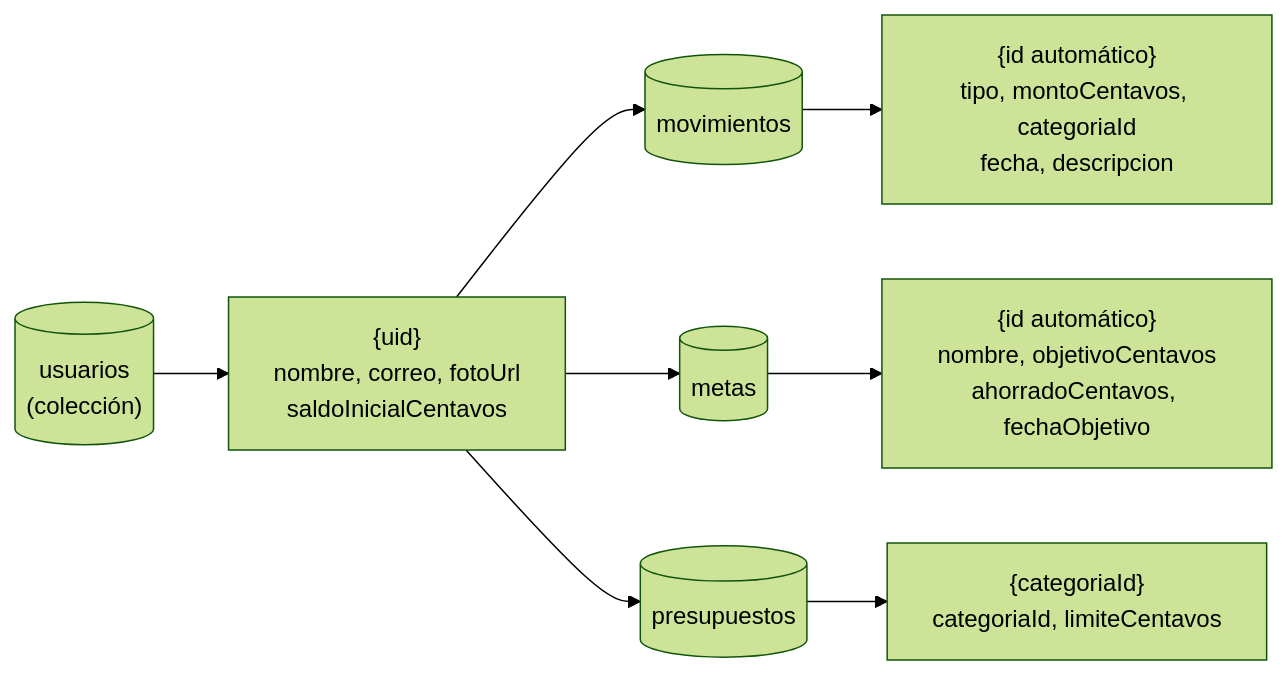
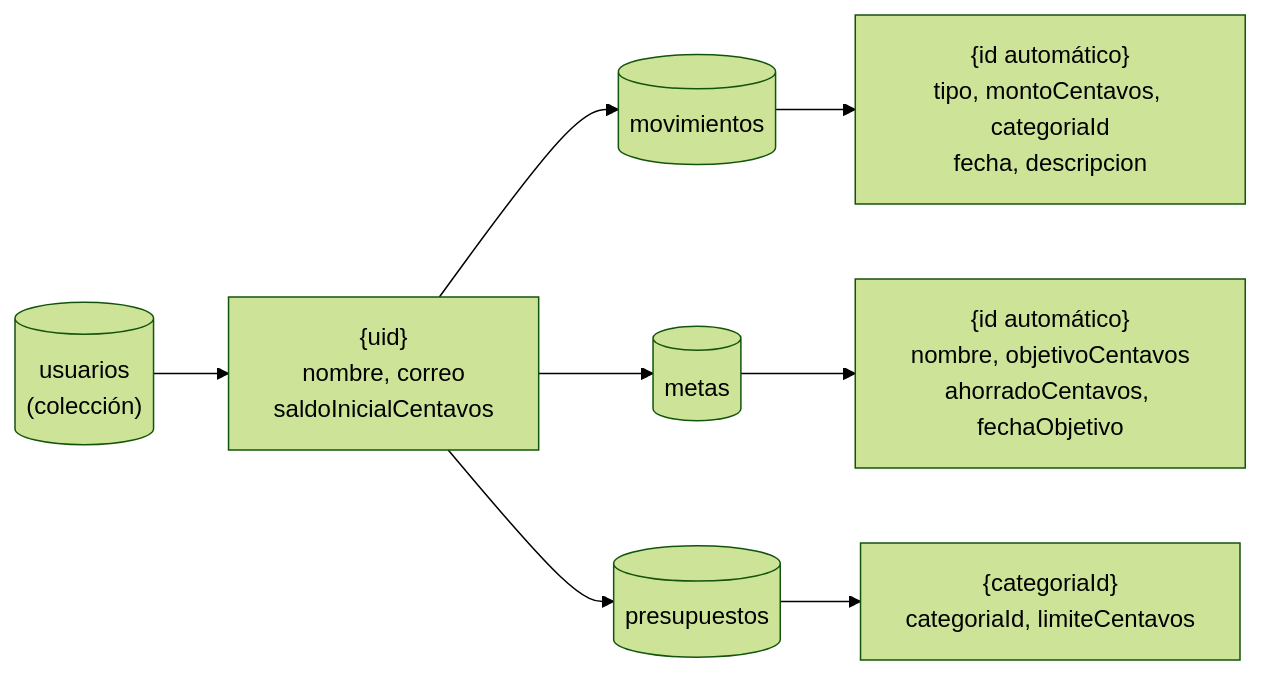
One commit to kevinvasquezb/MiChanchito changed the diagram in docs/diagramas/04_firestore-arbol.mmd. Above: the diagram before and after it, drawn with Mermaid (forest theme). The commit also changed 15 other files, not shown here.

```diff
--- a/docs/diagramas/04_firestore-arbol.mmd
+++ b/docs/diagramas/04_firestore-arbol.mmd
@@ -1,6 +1,6 @@
 %% Estructura de Firestore de Mi Chanchito (árbol, sin ciclos)
 flowchart LR
-    U[("usuarios<br/>(colección)")] --> D["{uid}<br/>nombre, correo, fotoUrl<br/>saldoInicialCentavos"]
+    U[("usuarios<br/>(colección)")] --> D["{uid}<br/>nombre, correo<br/>saldoInicialCentavos"]
     D --> M[("movimientos")] --> M1["{id automático}<br/>tipo, montoCentavos, categoriaId<br/>fecha, descripcion"]
     D --> T[("metas")] --> T1["{id automático}<br/>nombre, objetivoCentavos<br/>ahorradoCentavos, fechaObjetivo"]
     D --> P[("presupuestos")] --> P1["{categoriaId}<br/>categoriaId, limiteCentavos"]
```
